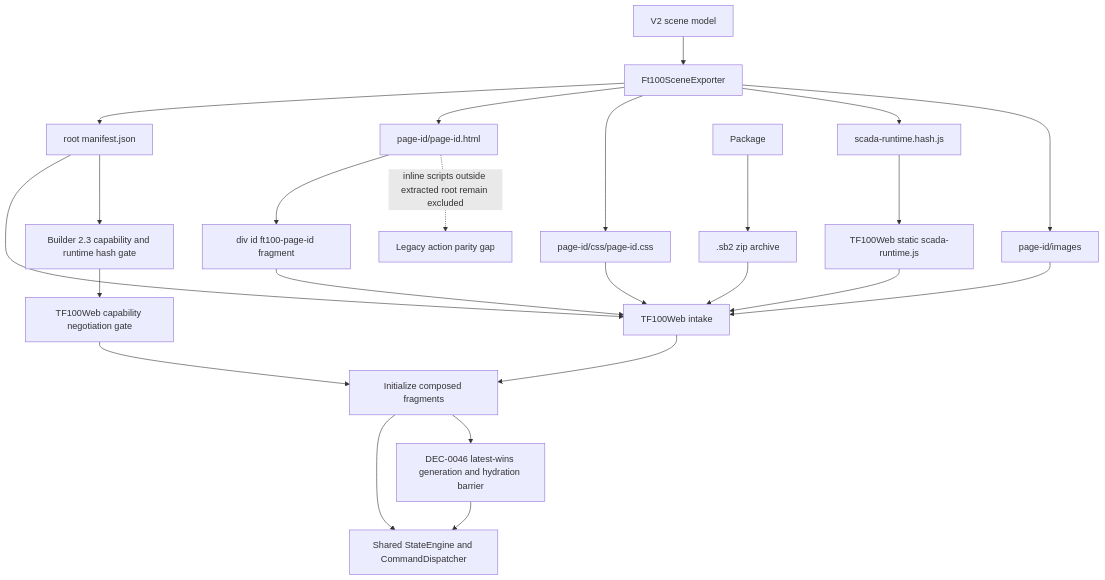
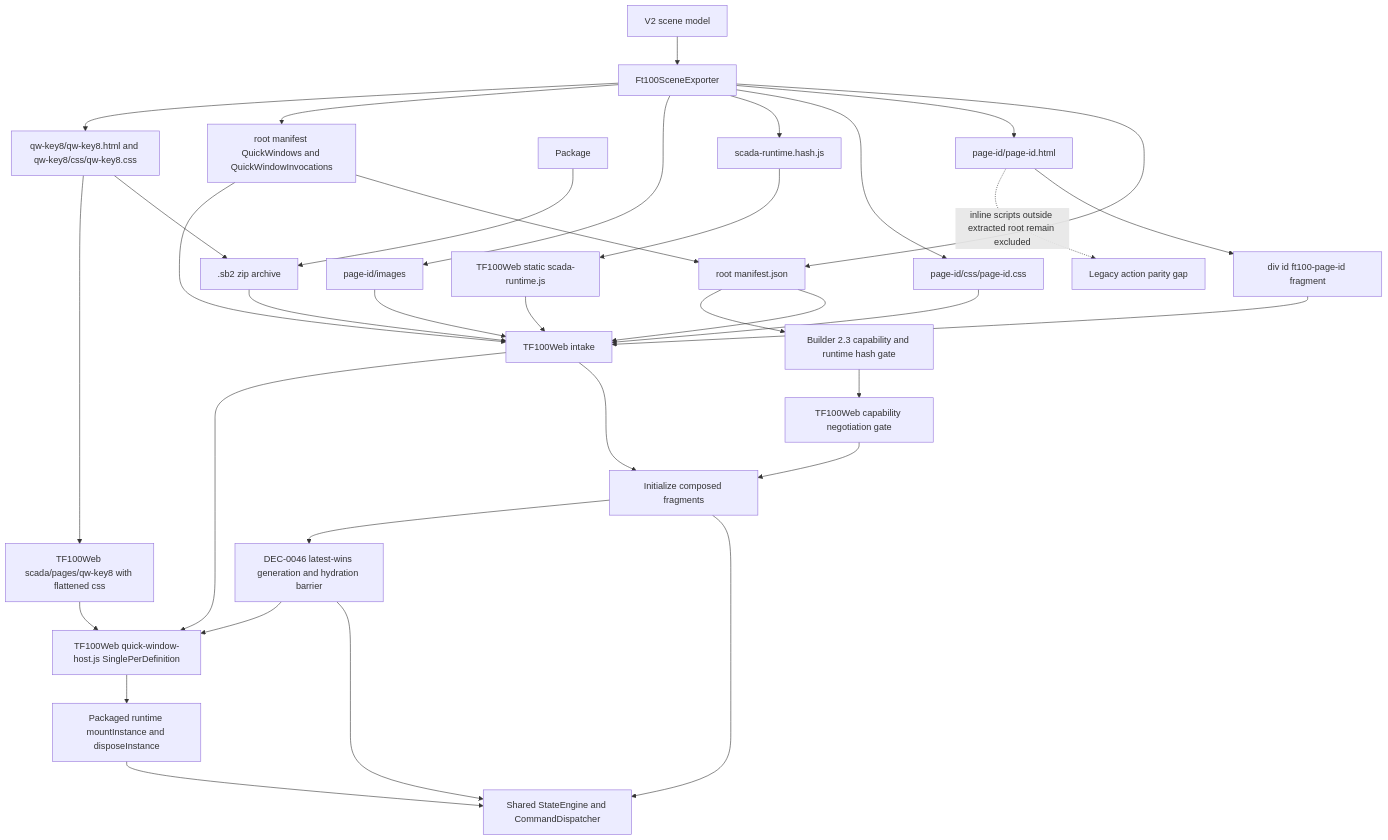
Before and after one commit to technologiesflorizon/scadabuilder: the diagram in docs/03_runtime_contracts/FT100_TF100WEB_PACKAGE_CONTRACT_V2.md, drawn with Mermaid. The commit also changed other lines of this file and 11 other files, not shown here.

First line of the commit message:
docs: record quick window v1 implementation

````diff
--- a/docs/03_runtime_contracts/FT100_TF100WEB_PACKAGE_CONTRACT_V2.md
+++ b/docs/03_runtime_contracts/FT100_TF100WEB_PACKAGE_CONTRACT_V2.md
@@ -265,26 +266,37 @@
 ```mermaid
 flowchart TD
   Scene[V2 scene model] --> Exporter[Ft100SceneExporter]
   Exporter --> RootManifest[root manifest.json]
   Exporter --> PageHtml[page-id/page-id.html]
   Exporter --> PageCss[page-id/css/page-id.css]
   Exporter --> Runtime[scada-runtime.hash.js]
   Exporter --> Assets[page-id/images]
   RootManifest --> TF100Web[TF100Web intake]
   PageHtml --> RootFragment[div id ft100-page-id fragment]
   RootFragment --> TF100Web
   PageCss --> TF100Web
   Assets --> TF100Web
   Package --> Sb2[.sb2 zip archive]
   Sb2 --> TF100Web
   Runtime --> DeployRuntime[TF100Web static scada-runtime.js]
   DeployRuntime --> TF100Web
   TF100Web --> Init[Initialize composed fragments]
   Init --> StateCommand[Shared StateEngine and CommandDispatcher]
   Init --> NavigationEpoch[DEC-0046 latest-wins generation and hydration barrier]
   NavigationEpoch --> StateCommand
   RootManifest --> BuilderGate[Builder 2.3 capability and runtime hash gate]
   BuilderGate --> CapabilityGate[TF100Web capability negotiation gate]
   CapabilityGate --> Init
+  Exporter --> QwRegistries[root manifest QuickWindows and QuickWindowInvocations]
+  Exporter --> QwContent[qw-key8/qw-key8.html and qw-key8/css/qw-key8.css]
+  QwRegistries --> RootManifest
+  QwContent --> Sb2
+  QwRegistries --> TF100Web
+  QwContent --> DeployQw[TF100Web scada/pages/qw-key8 with flattened css]
+  DeployQw --> QwHost[TF100Web quick-window-host.js SinglePerDefinition]
+  TF100Web --> QwHost
+  QwHost --> QwMount[Packaged runtime mountInstance and disposeInstance]
+  QwMount --> StateCommand
+  NavigationEpoch --> QwHost
   PageHtml -. inline scripts outside extracted root remain excluded .-> Gap[Legacy action parity gap]
 ```
````
